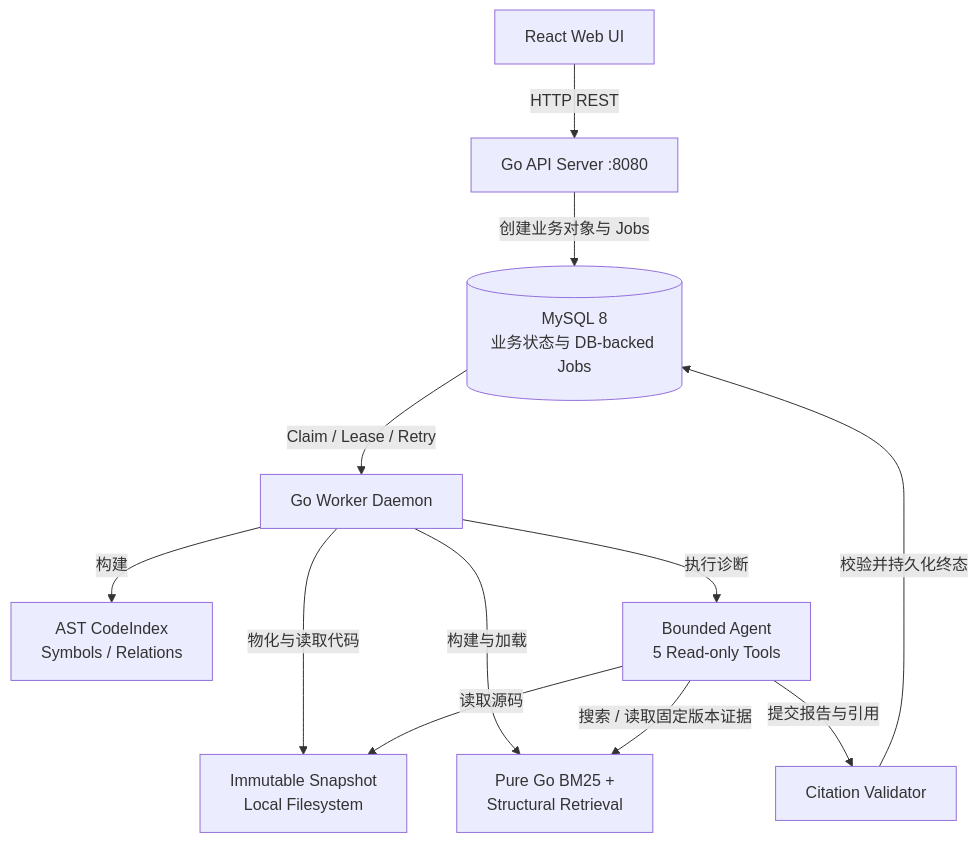
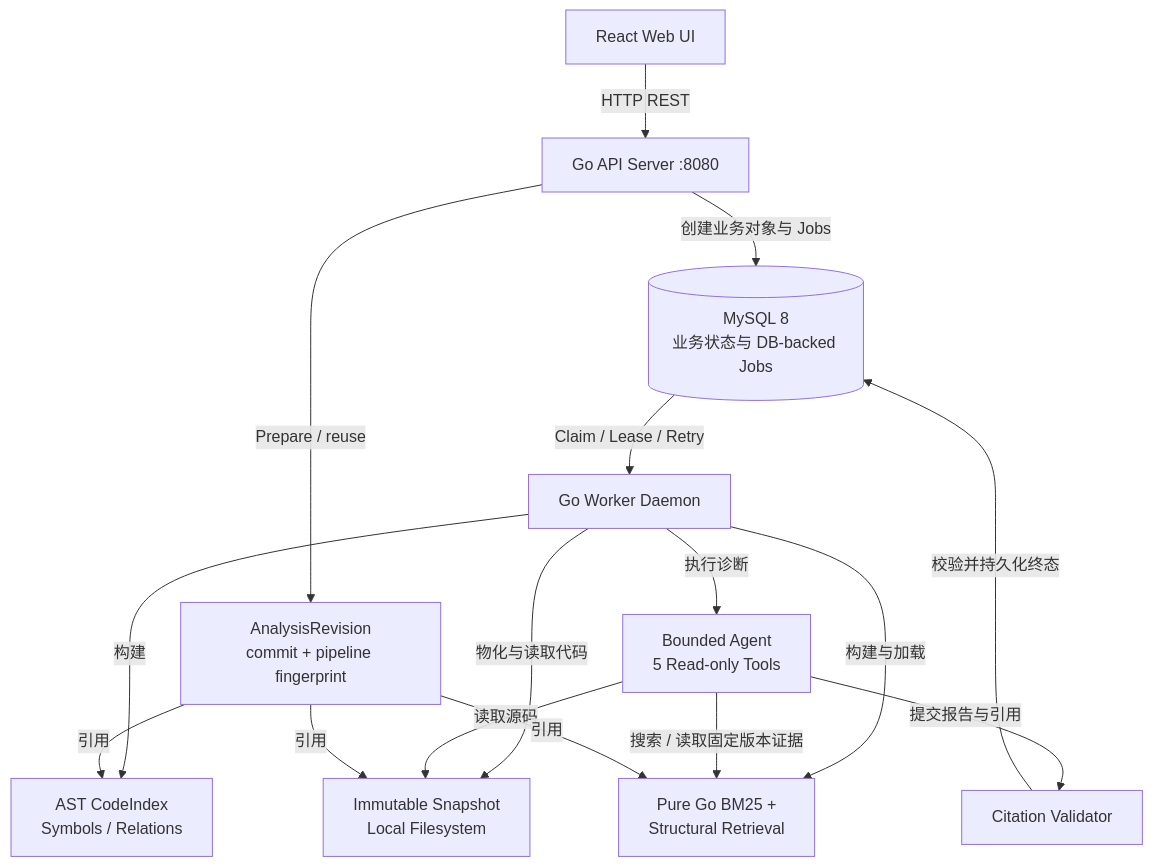
The diagram in docs/architecture.md (mrussss/repolens), drawn with Mermaid before and after one commit. The commit also changed other lines of this file and 56 other files, not shown here.

Commit message:
feat(v2.2): complete revision-driven diagnosis pipeline

````diff
--- a/docs/architecture.md
+++ b/docs/architecture.md
@@ -7,24 +7,29 @@
 ```mermaid
 graph TD
     Web[React Web UI]
     API[Go API Server :8080]
     MySQL[(MySQL 8\n业务状态与 DB-backed Jobs)]
     Worker[Go Worker Daemon]
+    Revision[AnalysisRevision\ncommit + pipeline fingerprint]
     Snapshot[Immutable Snapshot\nLocal Filesystem]
     CodeIndex[AST CodeIndex\nSymbols / Relations]
     Retrieval[Pure Go BM25 +\nStructural Retrieval]
     Agent[Bounded Agent\n5 Read-only Tools]
     Citation[Citation Validator]
 
     Web -->|HTTP REST| API
+    API -->|Prepare / reuse| Revision
     API -->|创建业务对象与 Jobs| MySQL
     MySQL -->|Claim / Lease / Retry| Worker
     Worker -->|物化与读取代码| Snapshot
     Worker -->|构建| CodeIndex
     Worker -->|构建与加载| Retrieval
     Worker -->|执行诊断| Agent
     Agent -->|搜索 / 读取固定版本证据| Retrieval
     Agent -->|读取源码| Snapshot
     Agent -->|提交报告与引用| Citation
     Citation -->|校验并持久化终态| MySQL
+    Revision -->|引用| Snapshot
+    Revision -->|引用| CodeIndex
+    Revision -->|引用| Retrieval
 ```
````
